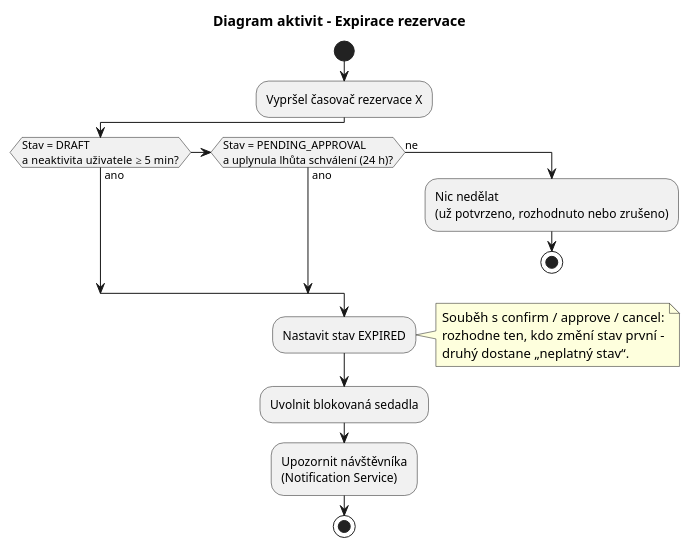
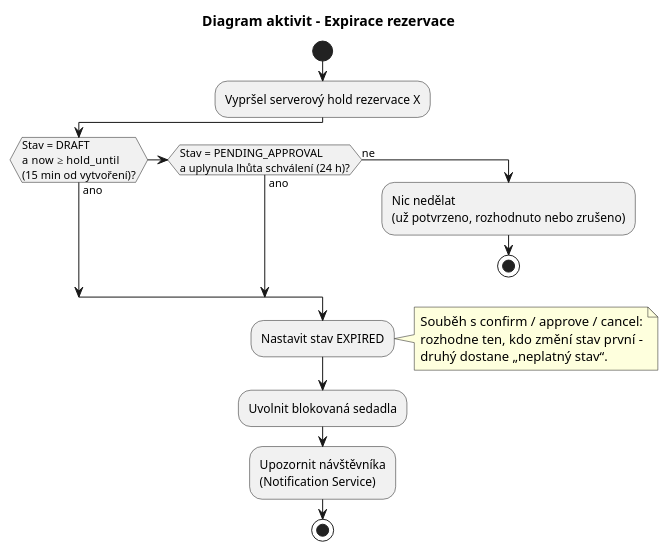
Before and after one commit to jn-flk/SWI: the diagram in docs/diagrams/c02/activity-expiration.puml, drawn with PlantUML. The commit also changed 18 other files, not shown here.

```diff
--- a/docs/diagrams/c02/activity-expiration.puml
+++ b/docs/diagrams/c02/activity-expiration.puml
@@ -1,22 +1,22 @@
 @startuml
 title Diagram aktivit – Expirace rezervace
 
 |Systém|
 start
-:Vypršel časovač rezervace X;
-if (Stav = DRAFT\na neaktivita uživatele ≥ 5 min?) then (ano)
+:Vypršel serverový hold rezervace X;
+if (Stav = DRAFT\na now ≥ hold_until\n(15 min od vytvoření)?) then (ano)
 elseif (Stav = PENDING_APPROVAL\na uplynula lhůta schválení (24 h)?) then (ano)
 else (ne)
   :Nic nedělat\n(už potvrzeno, rozhodnuto nebo zrušeno);
   stop
 endif
 :Nastavit stav EXPIRED;
 note right
   Souběh s confirm / approve / cancel:
   rozhodne ten, kdo změní stav první –
   druhý dostane „neplatný stav“.
 end note
 :Uvolnit blokovaná sedadla;
 :Upozornit návštěvníka\n(Notification Service);
 stop
 @enduml
```
